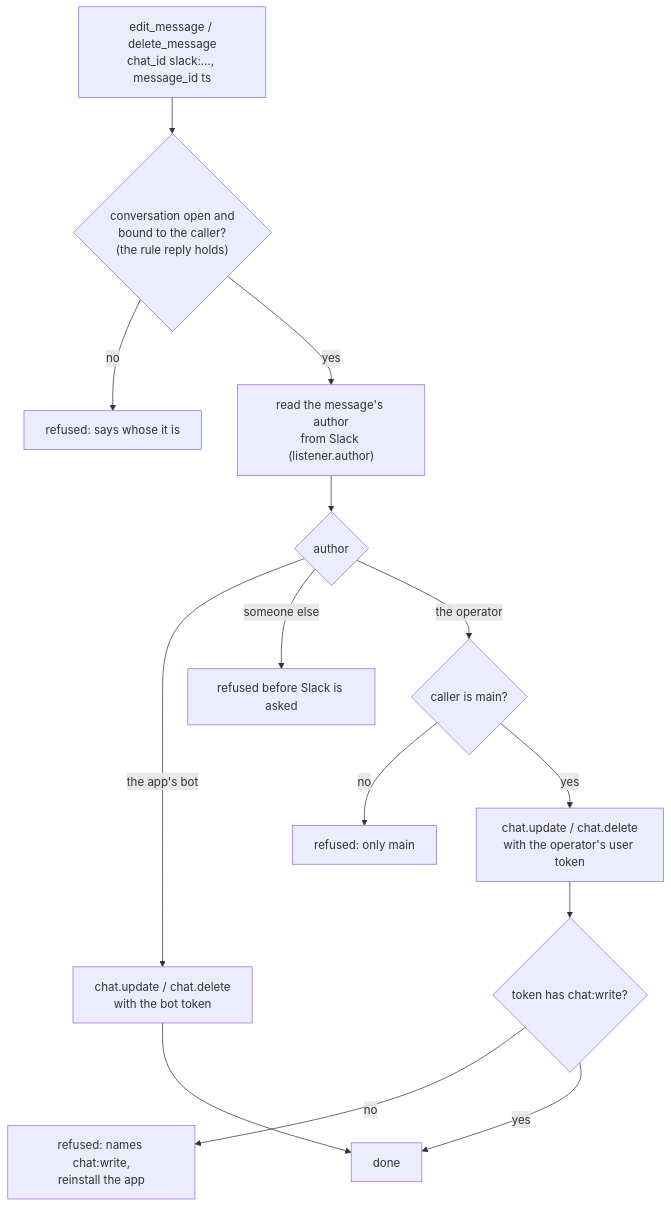
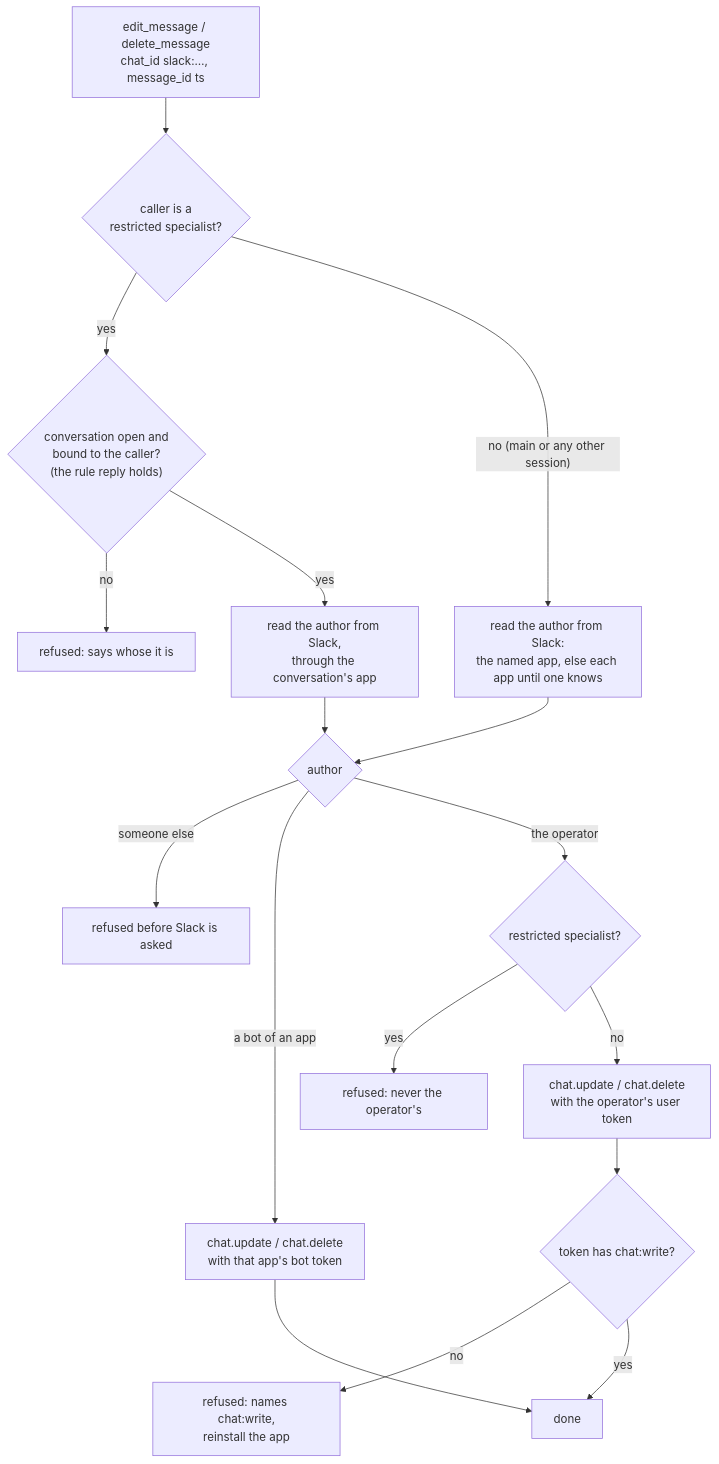
One commit to sf8193/hydra changed the diagram in diagrams/flow-slack-edit.mmd. Above: the diagram before and after it, drawn with Mermaid. The commit also changed 6 other files, not shown here.

First line of the commit message:
edit_message and delete_message reach any Slack message hydra can write

```diff
--- a/diagrams/flow-slack-edit.mmd
+++ b/diagrams/flow-slack-edit.mmd
@@ -1,17 +1,20 @@
 %% `edit_message` / `delete_message` with a Slack conversation as chat_id (daemon/bridge-dispatch.ts -> connectors/slack/runtime.ts amendInConversation).
 %% Whose message it is is read from Slack and picks the token; Discord chat_ids still go to the gateway.
 
 flowchart TD
-    call["edit_message / delete_message<br/>chat_id slack:…, message_id ts"] --> open{"conversation open and<br/>bound to the caller?<br/>(the rule reply holds)"}
+    call["edit_message / delete_message<br/>chat_id slack:…, message_id ts"] --> who{"caller is a<br/>restricted specialist?"}
+    who -- yes --> open{"conversation open and<br/>bound to the caller?<br/>(the rule reply holds)"}
     open -- no --> r1["refused: says whose it is"]
-    open -- yes --> who["read the message's author<br/>from Slack (listener.author)"]
-    who --> a{"author"}
-    a -- "the app's bot" --> bot["chat.update / chat.delete<br/>with the bot token"]
+    open -- yes --> ra["read the author from Slack,<br/>through the conversation's app"]
+    who -- "no (main or any other session)" --> fa["read the author from Slack:<br/>the named app, else each app until one knows"]
+    ra --> a{"author"}
+    fa --> a
     a -- "someone else" --> r2["refused before Slack is asked"]
-    a -- "the operator" --> m{"caller is main?"}
-    m -- no --> r3["refused: only main"]
-    m -- yes --> op["chat.update / chat.delete<br/>with the operator's user token"]
-    op --> s{"token has chat:write?"}
+    a -- "a bot of an app" --> bot["chat.update / chat.delete<br/>with that app's bot token"]
+    a -- "the operator" --> op{"restricted specialist?"}
+    op -- yes --> r3["refused: never the operator's"]
+    op -- no --> tok["chat.update / chat.delete<br/>with the operator's user token"]
+    tok --> s{"token has chat:write?"}
     s -- no --> r4["refused: names chat:write,<br/>reinstall the app"]
     s -- yes --> done["done"]
     bot --> done
```
